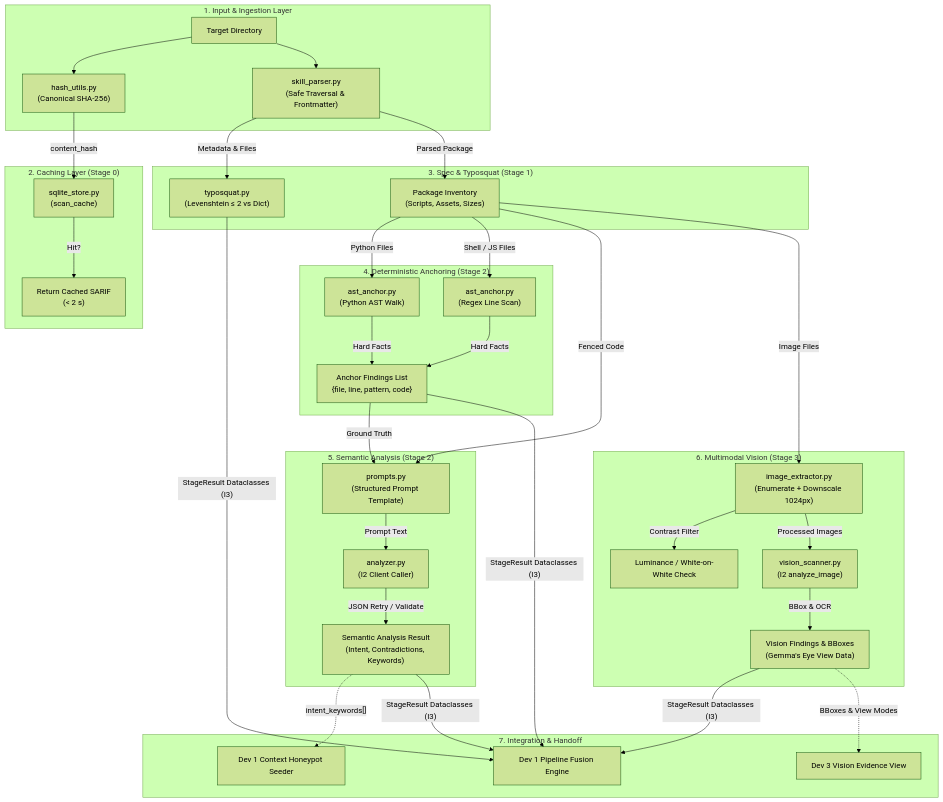
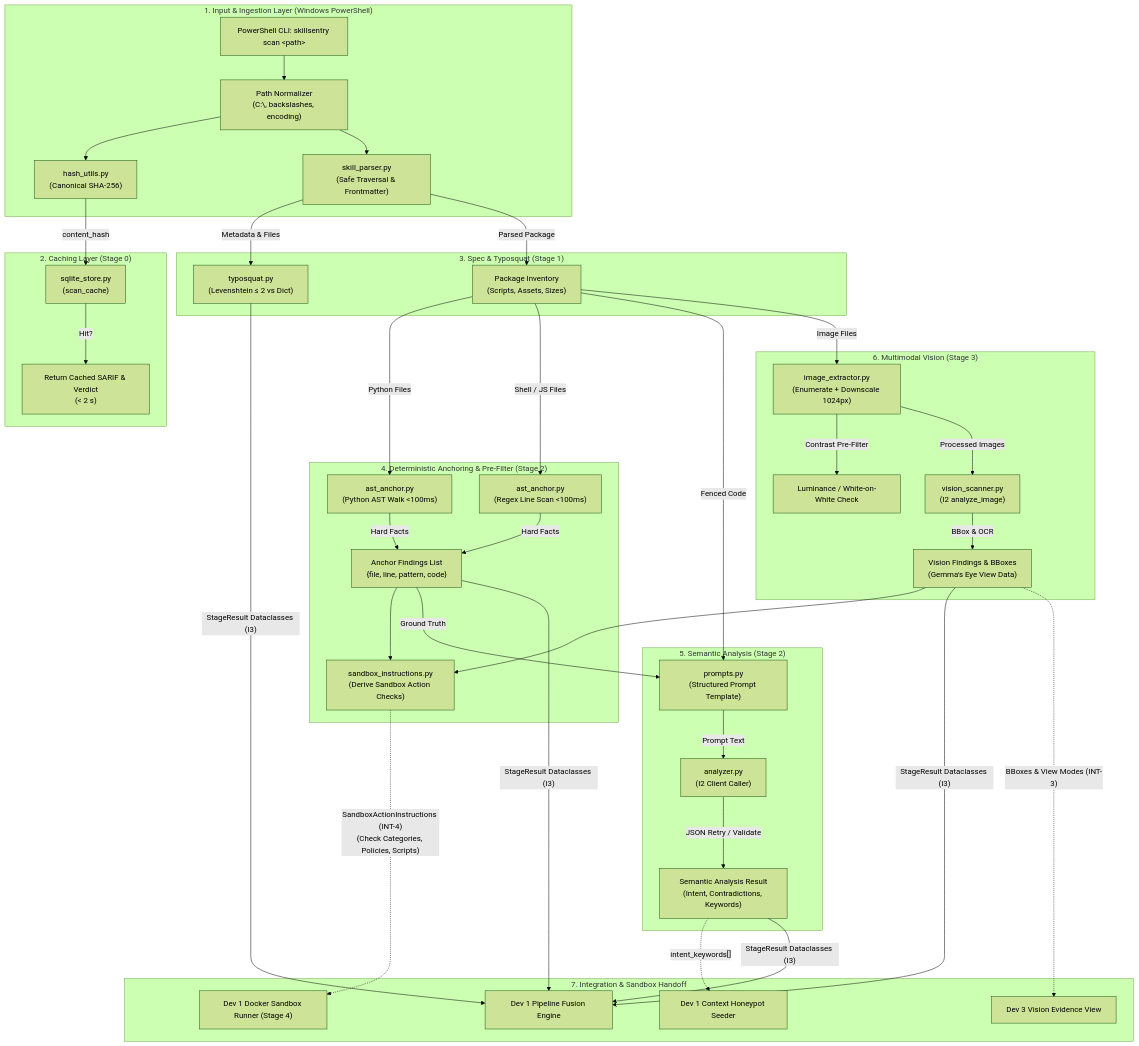
The second of 3 diagrams in developer-2/02-architecture-and-dataflow.md (EmberPhantom/SkillSentry), drawn with Mermaid (forest theme) before and after one commit. The commit also changed other lines of this file and 10 other files, not shown here.

````diff
--- a/developer-2/02-architecture-and-dataflow.md
+++ b/developer-2/02-architecture-and-dataflow.md
@@ -70,43 +75,47 @@
 ```mermaid
 graph TD
-    subgraph Input_Layer["1. Input & Ingestion Layer"]
-        DIR["Target Directory"] --> HU["hash_utils.py<br/>(Canonical SHA-256)"]
-        DIR --> SP["skill_parser.py<br/>(Safe Traversal & Frontmatter)"]
+    subgraph Input_Layer["1. Input & Ingestion Layer (Windows PowerShell)"]
+        PS["PowerShell CLI: skillsentry scan &lt;path&gt;"] --> NORM["Path Normalizer<br/>(C:\, backslashes, encoding)"]
+        NORM --> HU["hash_utils.py<br/>(Canonical SHA-256)"]
+        NORM --> SP["skill_parser.py<br/>(Safe Traversal & Frontmatter)"]
     end
 
     subgraph Cache_Layer["2. Caching Layer (Stage 0)"]
         HU -->|"content_hash"| SS["sqlite_store.py<br/>(scan_cache)"]
-        SS -->|"Hit?"| RET["Return Cached SARIF<br/>(< 2 s)"]
+        SS -->|"Hit?"| RET["Return Cached SARIF & Verdict<br/>(&lt; 2 s)"]
     end
 
     subgraph Spec_Layer["3. Spec & Typosquat (Stage 1)"]
         SP -->|"Metadata & Files"| TQ["typosquat.py<br/>(Levenshtein ≤ 2 vs Dict)"]
         SP -->|"Parsed Package"| INV["Package Inventory<br/>(Scripts, Assets, Sizes)"]
     end
 
-    subgraph Static_Layer["4. Deterministic Anchoring (Stage 2)"]
-        INV -->|"Python Files"| AST["ast_anchor.py<br/>(Python AST Walk)"]
-        INV -->|"Shell / JS Files"| RGX["ast_anchor.py<br/>(Regex Line Scan)"]
+    subgraph Static_Layer["4. Deterministic Anchoring & Pre-Filter (Stage 2)"]
+        INV -->|"Python Files"| AST["ast_anchor.py<br/>(Python AST Walk &lt;100ms)"]
+        INV -->|"Shell / JS Files"| RGX["ast_anchor.py<br/>(Regex Line Scan &lt;100ms)"]
         AST & RGX -->|"Hard Facts"| ANCH["Anchor Findings List<br/>{file, line, pattern, code}"]
+        ANCH --> SBX_GEN["sandbox_instructions.py<br/>(Derive Sandbox Action Checks)"]
     end
 
     subgraph Semantic_Layer["5. Semantic Analysis (Stage 2)"]
         ANCH -->|"Ground Truth"| PRM["prompts.py<br/>(Structured Prompt Template)"]
         INV -->|"Fenced Code"| PRM
         PRM -->|"Prompt Text"| ANZ["analyzer.py<br/>(I2 Client Caller)"]
         ANZ -->|"JSON Retry / Validate"| SEM_RES["Semantic Analysis Result<br/>(Intent, Contradictions, Keywords)"]
     end
 
     subgraph Vision_Layer["6. Multimodal Vision (Stage 3)"]
         INV -->|"Image Files"| EXT["image_extractor.py<br/>(Enumerate + Downscale 1024px)"]
-        EXT -->|"Contrast Filter"| PRE_FLT["Luminance / White-on-White Check"]
+        EXT -->|"Contrast Pre-Filter"| PRE_FLT["Luminance / White-on-White Check"]
         EXT -->|"Processed Images"| VIS["vision_scanner.py<br/>(I2 analyze_image)"]
         VIS -->|"BBox & OCR"| VIS_RES["Vision Findings & BBoxes<br/>(Gemma's Eye View Data)"]
+        VIS_RES --> SBX_GEN
     end
 
-    subgraph Downstream_Handoff["7. Integration & Handoff"]
+    subgraph Downstream_Handoff["7. Integration & Sandbox Handoff"]
         SEM_RES -.->|"intent_keywords[]"| D1_HONE["Dev 1 Context Honeypot Seeder"]
+        SBX_GEN -.->|"SandboxActionInstructions (INT-4)<br/>(Check Categories, Policies, Scripts)"| D1_SBX["Dev 1 Docker Sandbox Runner (Stage 4)"]
         TQ & ANCH & SEM_RES & VIS_RES -->|"StageResult Dataclasses (I3)"| D1_FUSE["Dev 1 Pipeline Fusion Engine"]
-        VIS_RES -.->|"BBoxes & View Modes"| D3_UI["Dev 3 Vision Evidence View"]
+        VIS_RES -.->|"BBoxes & View Modes (INT-3)"| D3_UI["Dev 3 Vision Evidence View"]
     end
 ```
````
